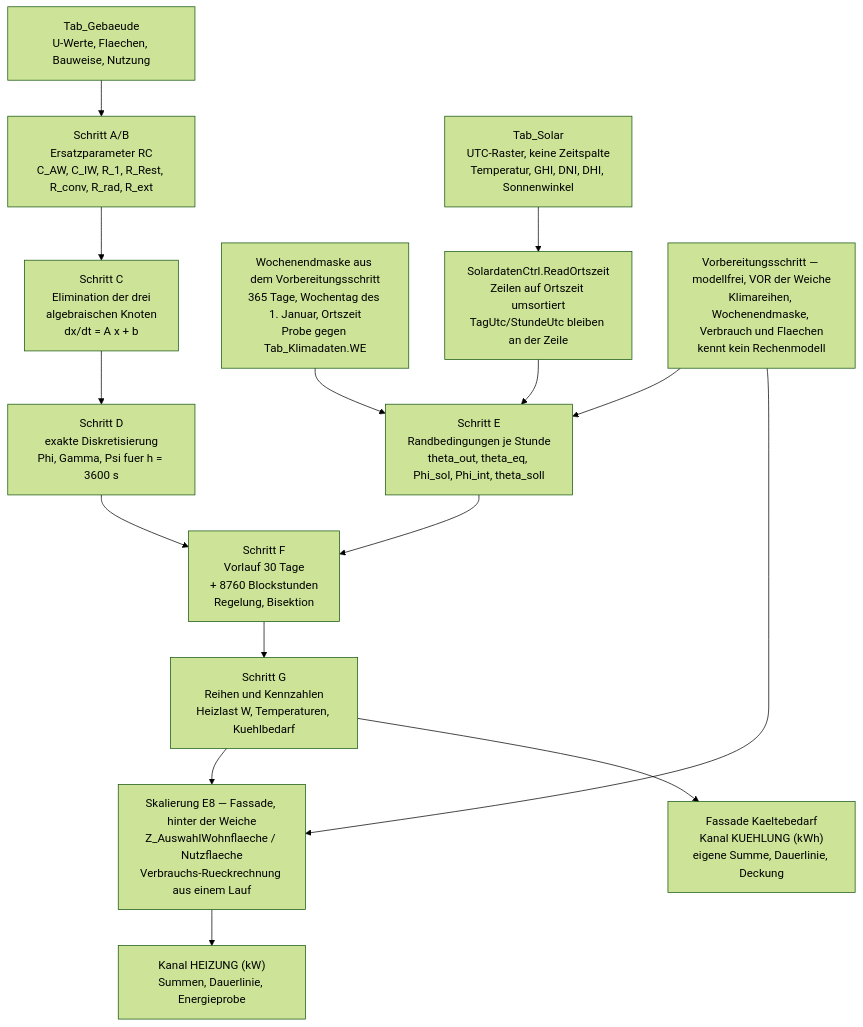
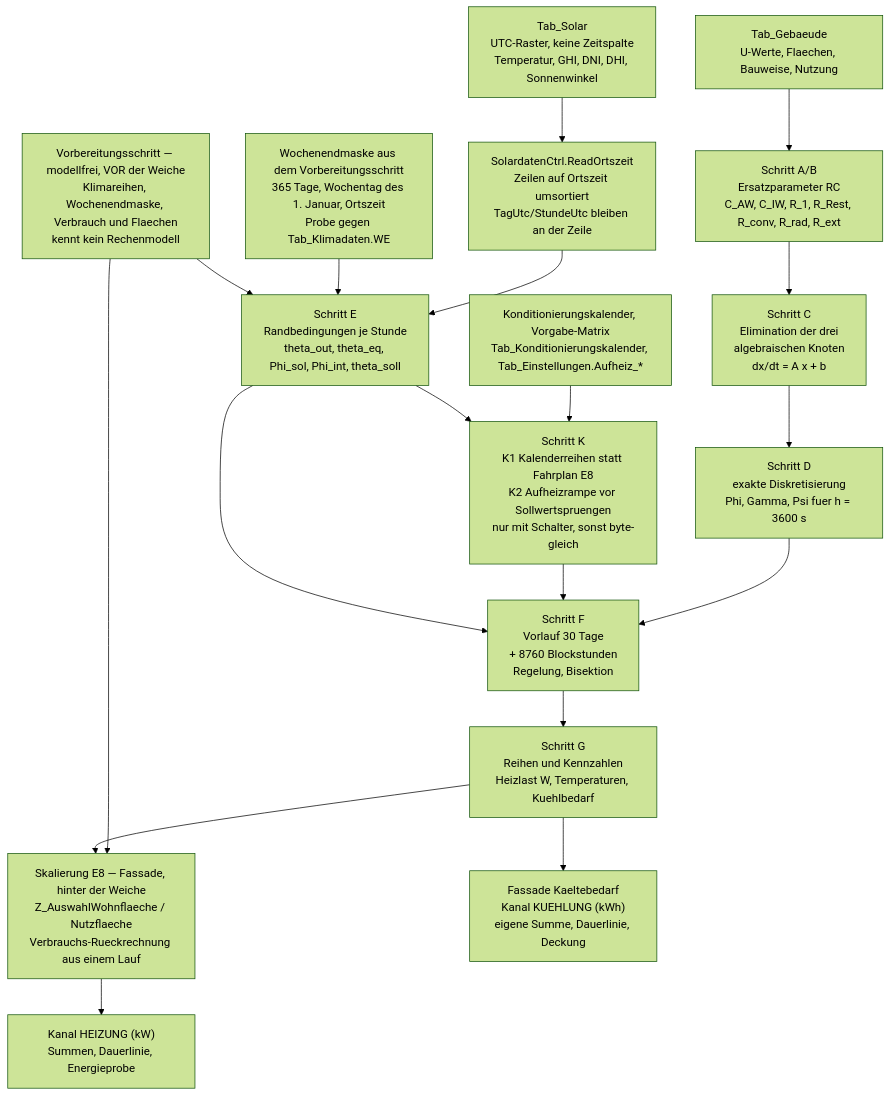
The first of 2 diagrams in Dokumentation/aktuell/Rechenschritte_Gebaeudesimulation_VDI6007_EPOS-Plan.md (inekon/EPOS-Plan), drawn with Mermaid (forest theme) before and after one commit. The commit also changed other lines of this file, not shown here.

First line of the commit message:
Rechenschritte: Schritte K (Kalender, Aufheizrampe) und L (KP4)

````diff
--- a/Dokumentation/aktuell/Rechenschritte_Gebaeudesimulation_VDI6007_EPOS-Plan.md
+++ b/Dokumentation/aktuell/Rechenschritte_Gebaeudesimulation_VDI6007_EPOS-Plan.md
@@ -107,17 +112,20 @@
 ```mermaid
 flowchart TD
     E1["Tab_Gebaeude<br/>U-Werte, Flaechen, Bauweise, Nutzung"] --> A["Schritt A/B<br/>Ersatzparameter RC<br/>C_AW, C_IW, R_1, R_Rest, R_conv, R_rad, R_ext"]
     E2["Tab_Solar<br/>UTC-Raster, keine Zeitspalte<br/>Temperatur, GHI, DNI, DHI, Sonnenwinkel"] --> Z["SolardatenCtrl.ReadOrtszeit<br/>Zeilen auf Ortszeit umsortiert<br/>TagUtc/StundeUtc bleiben an der Zeile"]
     Z --> E["Schritt E<br/>Randbedingungen je Stunde<br/>theta_out, theta_eq, Phi_sol, Phi_int, theta_soll"]
     E3["Wochenendmaske aus dem Vorbereitungsschritt<br/>365 Tage, Wochentag des 1. Januar, Ortszeit<br/>Probe gegen Tab_Klimadaten.WE"] --> E
     A --> C["Schritt C<br/>Elimination der drei<br/>algebraischen Knoten<br/>dx/dt = A x + b"]
     C --> D["Schritt D<br/>exakte Diskretisierung<br/>Phi, Gamma, Psi fuer h = 3600 s"]
     D --> F["Schritt F<br/>Vorlauf 30 Tage<br/>+ 8760 Blockstunden<br/>Regelung, Bisektion"]
+    E4["Konditionierungskalender, Vorgabe-Matrix<br/>Tab_Konditionierungskalender, Tab_Einstellungen.Aufheiz_*"] --> SK
+    E --> SK["Schritt K<br/>K1 Kalenderreihen statt Fahrplan E8<br/>K2 Aufheizrampe vor Sollwertspruengen<br/>nur mit Schalter, sonst byte-gleich"]
+    SK --> F
     E --> F
     V["Vorbereitungsschritt — modellfrei, VOR der Weiche<br/>Klimareihen, Wochenendmaske, Verbrauch und Flaechen<br/>kennt kein Rechenmodell"] --> E
     V --> S
     F --> G["Schritt G<br/>Reihen und Kennzahlen<br/>Heizlast W, Temperaturen, Kuehlbedarf"]
     G --> S["Skalierung E8 — Fassade, hinter der Weiche<br/>Z_AuswahlWohnflaeche / Nutzflaeche<br/>Verbrauchs-Rueckrechnung aus einem Lauf"]
     S --> K["Kanal HEIZUNG (kW)<br/>Summen, Dauerlinie, Energieprobe"]
     G --> KK["Fassade Kaeltebedarf<br/>Kanal KUEHLUNG (kWh)<br/>eigene Summe, Dauerlinie, Deckung"]
 ```
````
